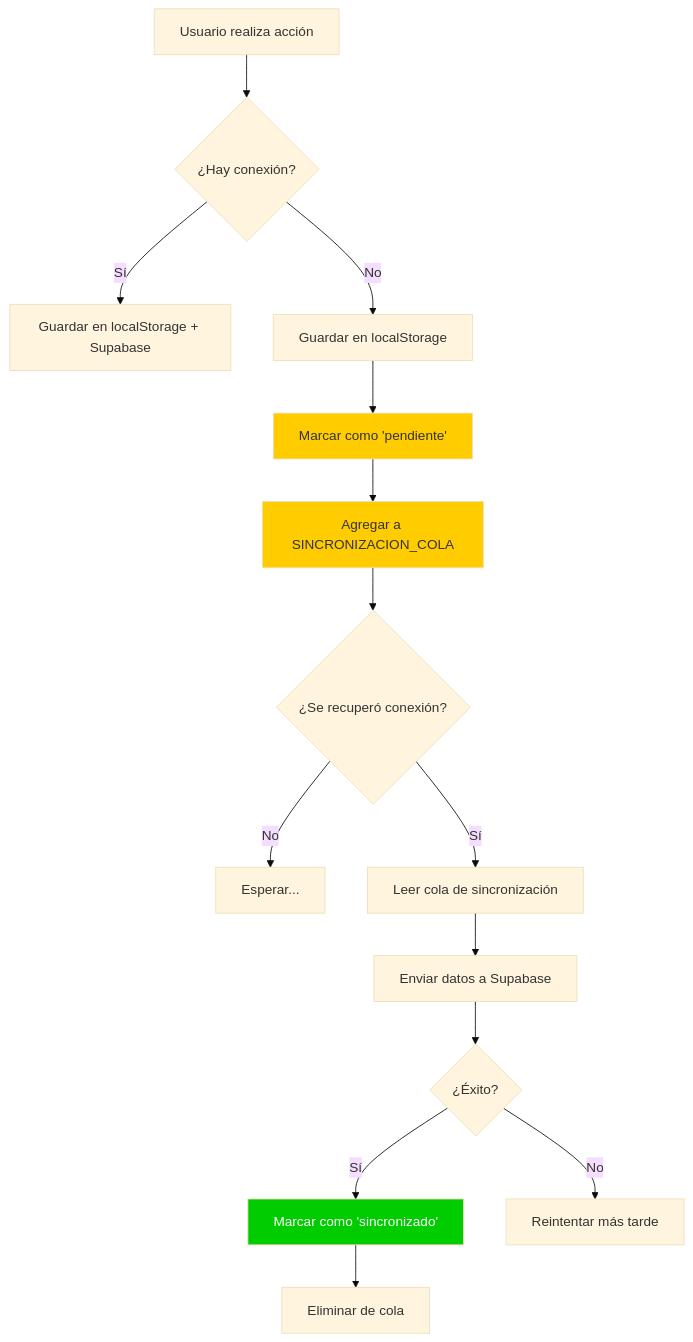
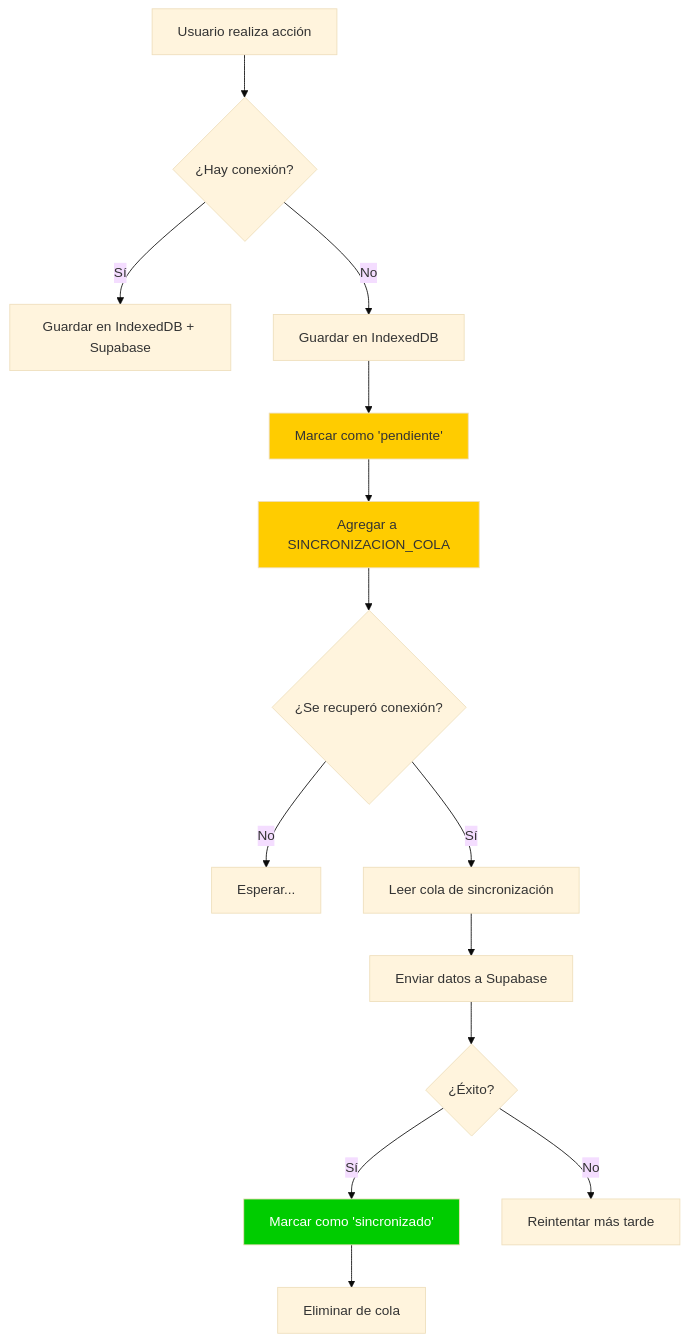
One commit to AdriP-maker/JAAR_Antigravity changed the second of 2 diagrams in docs/diagrama_er.md. Above: the diagram before and after it, drawn with Mermaid (base theme). The commit also changed other lines of this file and 70 other files, not shown here.

````diff
--- a/docs/diagrama_er.md
+++ b/docs/diagrama_er.md
@@ -297,20 +297,20 @@
 ```mermaid
 flowchart TD
     A[Usuario realiza acción] --> B{¿Hay conexión?}
-    B -->|Sí| C[Guardar en localStorage + Supabase]
-    B -->|No| D[Guardar en localStorage]
+    B -->|Sí| C[Guardar en IndexedDB + Supabase]
+    B -->|No| D[Guardar en IndexedDB]
     D --> E[Marcar como 'pendiente']
     E --> F[Agregar a SINCRONIZACION_COLA]
     F --> G{¿Se recuperó conexión?}
     G -->|No| H[Esperar...]
     G -->|Sí| I[Leer cola de sincronización]
     I --> J[Enviar datos a Supabase]
     J --> K{¿Éxito?}
     K -->|Sí| L[Marcar como 'sincronizado']
     K -->|No| M[Reintentar más tarde]
     L --> N[Eliminar de cola]
     
     style E fill:#ffcc00
     style F fill:#ffcc00
     style L fill:#00cc00,color:#fff
 ```
````
